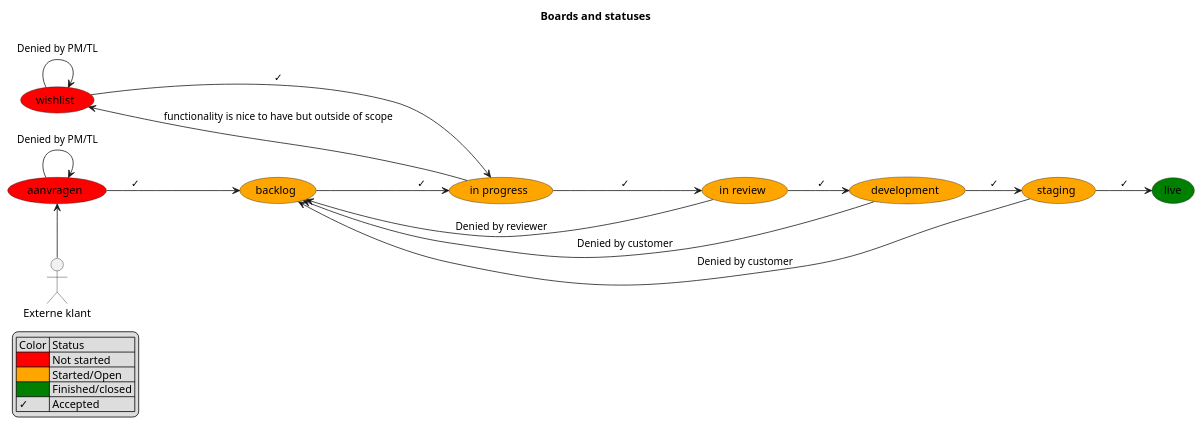
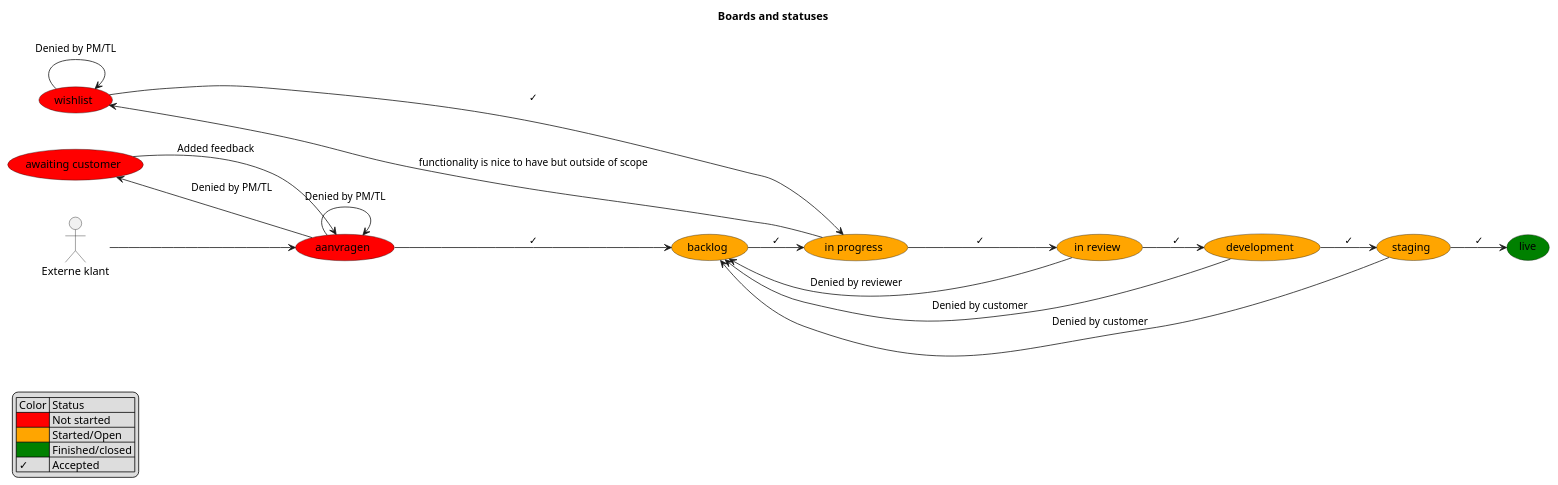
One commit to DCReceveur/pre-afstudeer-docs changed the second of 3 diagrams in FunctioneelOntwerp.md. Above: the diagram before and after it, drawn with PlantUML. The commit also changed other lines of this file, not shown here.

````diff
--- a/FunctioneelOntwerp.md
+++ b/FunctioneelOntwerp.md
@@ -169,44 +174,46 @@
 ```plantuml
 title Boards and statuses
 
 left to right direction
 skinparam groupInheritance 3
 
 ' skinparam linetype polyline
 ' skinparam linetype ortho
 (backlog) #orange
 (in progress) as in_progress  #orange
 (in review) as in_review #orange 
 (development) #orange
 (staging) #orange
 (live) #green
 (wishlist) #red
 (aanvragen) #red
+(awaiting customer) as awaiting_customer #red
 actor "Externe klant" as EK
 
 
 aanvragen -DOWN-> backlog : ✓
 wishlist -[norank]-> in_progress : ✓
 backlog -DOWN-> in_progress : ✓
 in_progress -DOWN-> in_review : ✓
 in_review -DOWN-> development : ✓
 development -DOWN-> staging : ✓
 staging -DOWN-> live : ✓
 in_review -[norank]-> backlog : Denied by reviewer
 wishlist -[norank]-> wishlist : Denied by PM/TL
 aanvragen -[norank]-> aanvragen : Denied by PM/TL
 development -[norank]-> backlog : Denied by customer
 staging -[norank]-> backlog : Denied by customer
 in_progress -[norank]-> wishlist : functionality is nice to have but outside of scope
-EK -[norank]-> aanvragen
-
+EK --> aanvragen
+aanvragen -[norank]-> awaiting_customer : \t Denied by PM/TL
+awaiting_customer -[norank]->aanvragen : Added feedback \t
 
 legend left
     | Color | Status |
     |<#Red>| Not started |
     |<#Orange>| Started/Open |
     |<#Green>| Finished/closed |
     | ✓ | Accepted |
 endlegend
 
 ```
````
